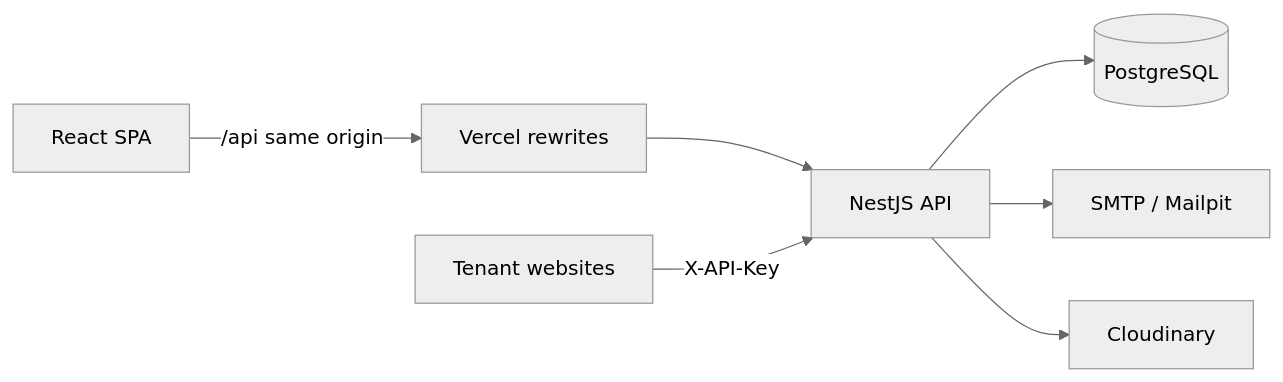
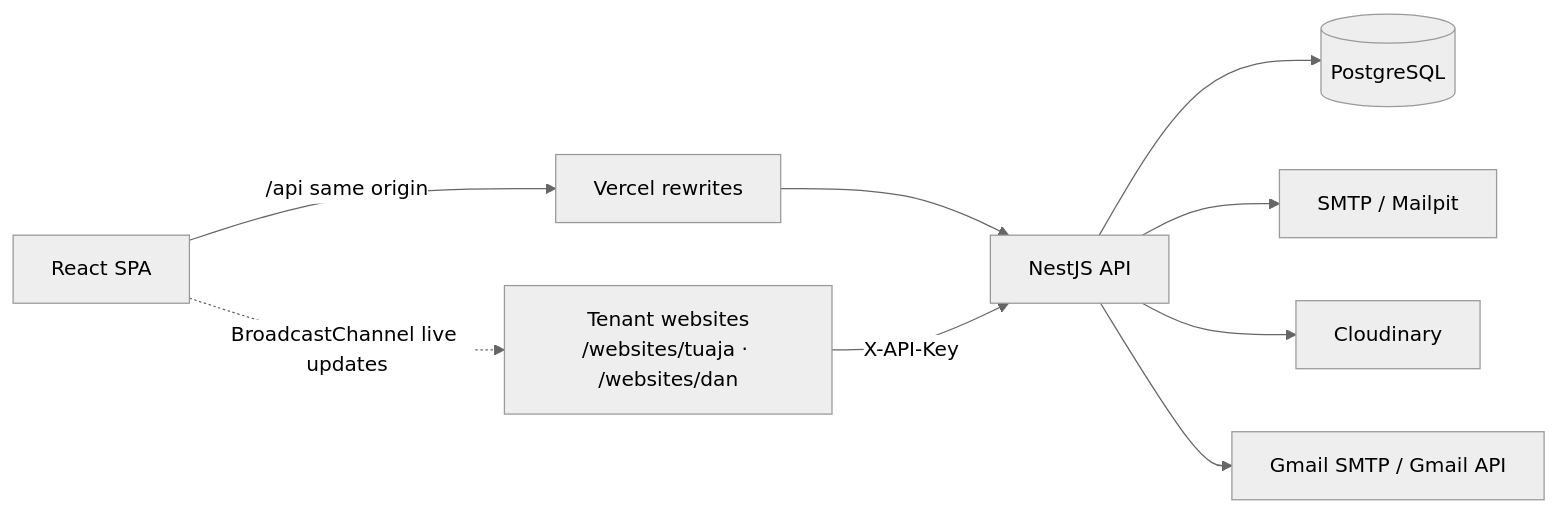
One commit to RohabAmir/PIF-AdminPanel-MVP changed the diagram in README.md. Above: the diagram before and after it, drawn with Mermaid (neutral theme). The commit also changed other lines of this file and 91 other files, not shown here.

````diff
--- a/README.md
+++ b/README.md
@@ -57,8 +117,10 @@
 ```mermaid
 flowchart LR
   UI[React SPA] -- /api same origin --> V[Vercel rewrites] --> API[NestJS API]
   API --> DB[(PostgreSQL)]
   API --> SMTP[SMTP / Mailpit]
   API --> CL[Cloudinary]
-  Site[Tenant websites] -- X-API-Key --> API
+  Site[Tenant websites<br/>/websites/tuaja · /websites/dan] -- X-API-Key --> API
+  UI -. BroadcastChannel live updates .-> Site
+  API --> GM[Gmail SMTP / Gmail API]
 ```
````
